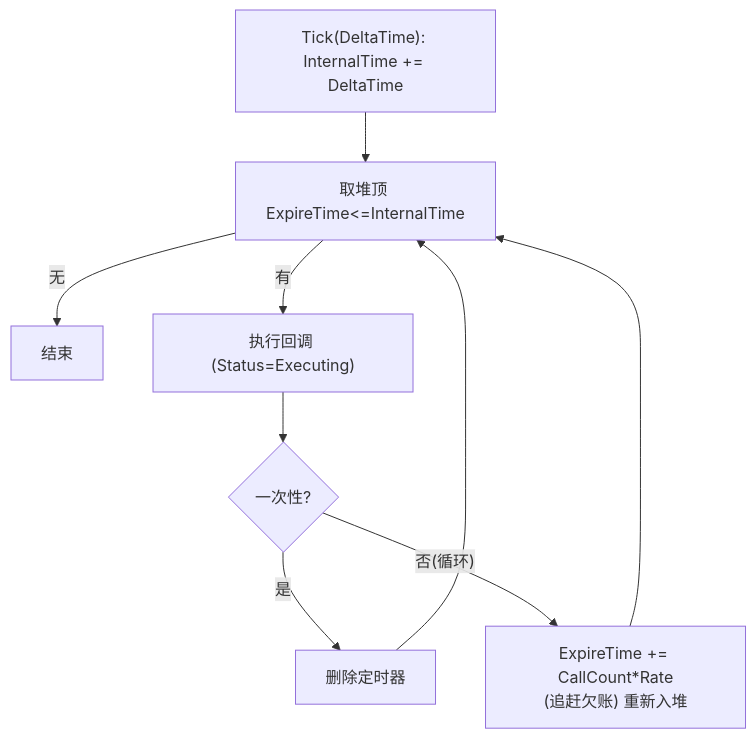
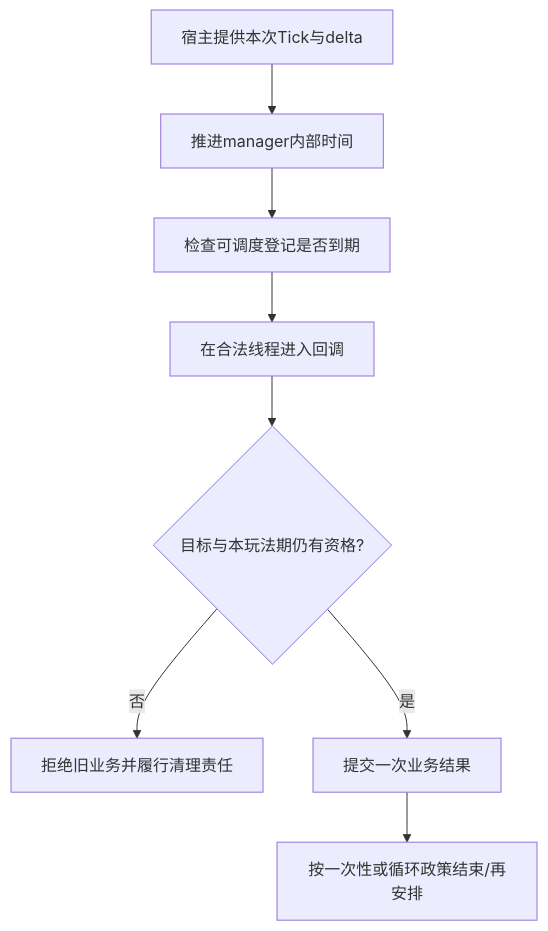
One commit to fantuan812/learning changed the diagram in 知识/03-引擎架构与资源系统/运行架构与任务调度/06-定时器与引擎Ticker.md. Above: the diagram before and after it, drawn with Mermaid. The commit also changed other lines of this file and 1 other file, not shown here.

````diff
--- a/知识/03-引擎架构与资源系统/运行架构与任务调度/06-定时器与引擎Ticker.md
+++ b/知识/03-引擎架构与资源系统/运行架构与任务调度/06-定时器与引擎Ticker.md
@@ -72,11 +82,10 @@
 ```mermaid
 flowchart TD
-    A["Tick(DeltaTime): InternalTime += DeltaTime"] --> B["取堆顶 ExpireTime<=InternalTime"]
-    B -- 无 --> E["结束"]
-    B -- 有 --> C["执行回调 (Status=Executing)"]
-    C --> D{"一次性?"}
-    D -- 是 --> F["删除定时器"]
-    D -- 否(循环) --> G["ExpireTime += CallCount*Rate<br/>(追赶欠账) 重新入堆"]
-    G --> B
-    F --> B
+    A[宿主提供本次Tick与delta] --> B[推进manager内部时间]
+    B --> C[检查可调度登记是否到期]
+    C --> D[在合法线程进入回调]
+    D --> E{目标与本玩法期仍有资格?}
+    E -- 否 --> F[拒绝旧业务并履行清理责任]
+    E -- 是 --> G[提交一次业务结果]
+    G --> H[按一次性或循环政策结束/再安排]
 ```
````
